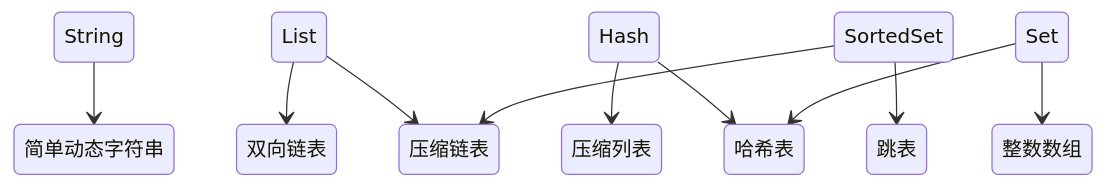
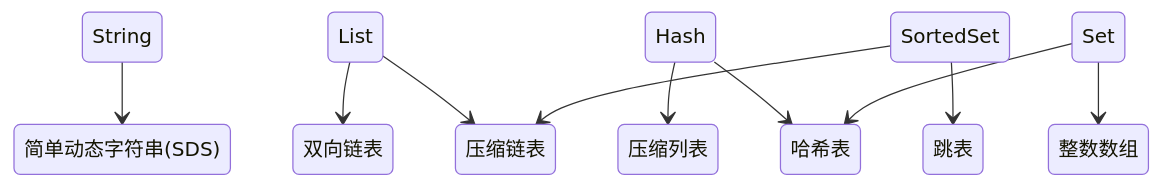
The third of 3 diagrams in doc/中间件/数据库/redis/数据结构.md (0xcaffebabe/note), drawn with Mermaid before and after one commit. The commit also changed other lines of this file, not shown here.

````diff
--- a/doc/中间件/数据库/redis/数据结构.md
+++ b/doc/中间件/数据库/redis/数据结构.md
@@ -87,12 +89,12 @@
 ```mermaid
 stateDiagram-v2
-  String --> 简单动态字符串
+  String --> 简单动态字符串(SDS)
   List --> 双向链表
   List --> 压缩链表
   Hash --> 压缩列表
   Hash --> 哈希表
   SortedSet --> 压缩链表
   SortedSet --> 跳表
   Set --> 哈希表
   Set --> 整数数组
 ```
````
